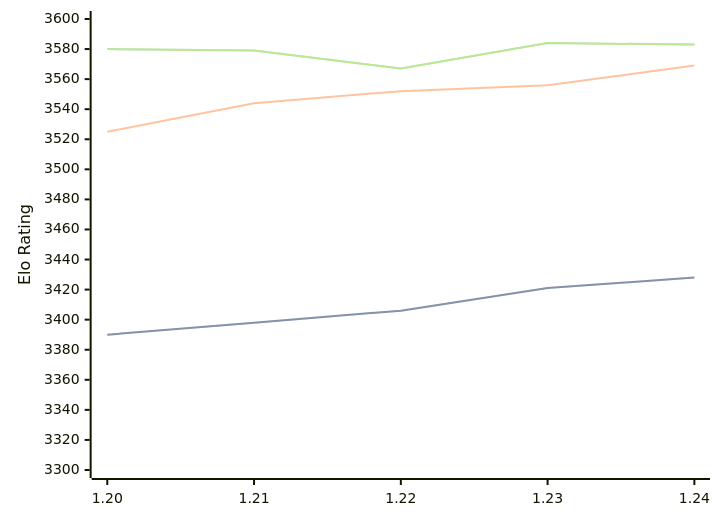
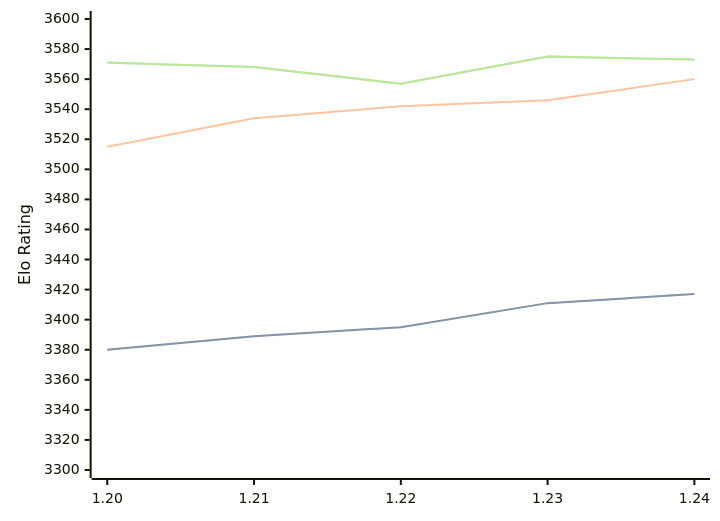
Before and after one commit to computer-chess-index/cci: the diagram in engines/Caissa.md, drawn with Mermaid. The commit also changed other lines of this file, not shown here.

Commit message:
Update CCI Ratings (ELO VLTC) - 2026-03-19

````diff
--- a/engines/Caissa.md
+++ b/engines/Caissa.md
@@ -62,11 +62,11 @@
 ```mermaid
 %%{init: {"theme":"base","themeVariables":{"seriesColors:['#a3a3a3','#222221','#faa371']}}}%%
 xychart-beta
   x-axis ["1.20", "1.21", "1.22", "1.23", "1.24"]
   y-axis "Elo Rating" 3300 --> 3600
-  line "STC (8.0+0.08s)" [3390, 3398, 3406, 3421, 3428]
-  line "STC (8.0+0.08s)" [3390, 3398, 3406, 3421, 3428]
-  line "LTC (60.0+0.60s)" [3525, 3544, 3552, 3556, 3569]
-  line "VLTC (2m24s+1.12s)" [3580, 3579, 3567, 3584, 3583]
-  line "VLTC (2m24s+1.12s)" [3580, 3579, 3567, 3584, 3583]
+  line "STC (8.0+0.08s)" [3380, 3389, 3395, 3411, 3417]
+  line "STC (8.0+0.08s)" [3380, 3389, 3395, 3411, 3417]
+  line "LTC (60.0+0.60s)" [3515, 3534, 3542, 3546, 3560]
+  line "VLTC (2m24s+1.12s)" [3571, 3568, 3557, 3575, 3573]
+  line "VLTC (2m24s+1.12s)" [3571, 3568, 3557, 3575, 3573]
 ```
````
